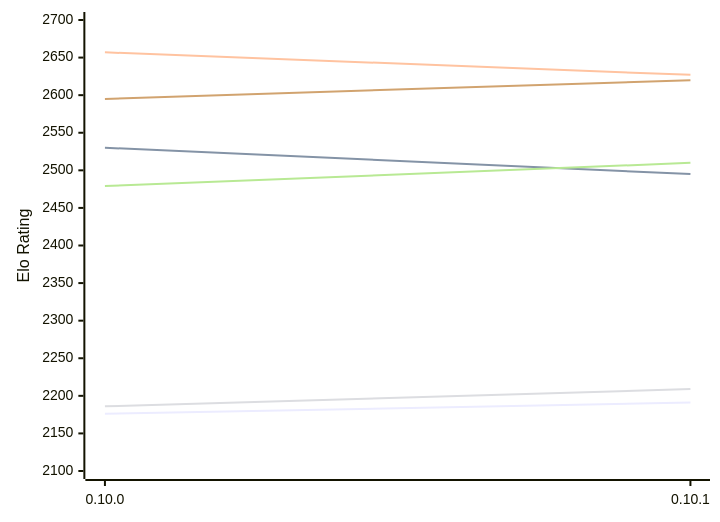
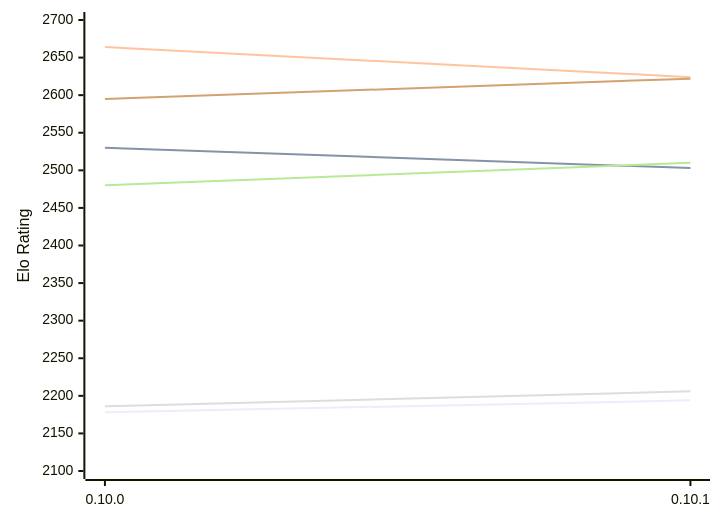
Before and after one commit to computer-chess-index/cci: the first of 2 diagrams in engines/Fatalii.md, drawn with Mermaid. The commit also changed other lines of this file, not shown here.

Commit message:
Update CCI Ratings (ELO VLTC) - 2026-11-26

````diff
--- a/engines/Fatalii.md
+++ b/engines/Fatalii.md
@@ -50,12 +50,12 @@
 ```mermaid
 %%{init: {"theme":"base","themeVariables":{"seriesColors:['#a3a3a3','#222221','#faa371']}}}%%
 xychart-beta
   x-axis ["0.10.0", "0.10.1"]
   y-axis "Elo Rating" 2100 --> 2700
-  line "E1: STC (8.0+0.08s)" [2176, 2191]
-  line "E1: LTC (60.0+0.60s)" [2530, 2495]
-  line "E1: VLTC (2m24s+1.12s)" [2657, 2627]
-  line "P1: STC (8.0+0.08s)" [2186, 2209]
-  line "P1: LTC (60.0+0.60s)" [2479, 2510]
-  line "P1: VLTC (2m24s+1.12s)" [2595, 2620]
+  line "E1: STC (8.0+0.08s)" [2178, 2194]
+  line "E1: LTC (60.0+0.60s)" [2530, 2503]
+  line "E1: VLTC (2m24s+1.12s)" [2664, 2624]
+  line "P1: STC (8.0+0.08s)" [2186, 2206]
+  line "P1: LTC (60.0+0.60s)" [2480, 2510]
+  line "P1: VLTC (2m24s+1.12s)" [2595, 2622]
 ```
````
